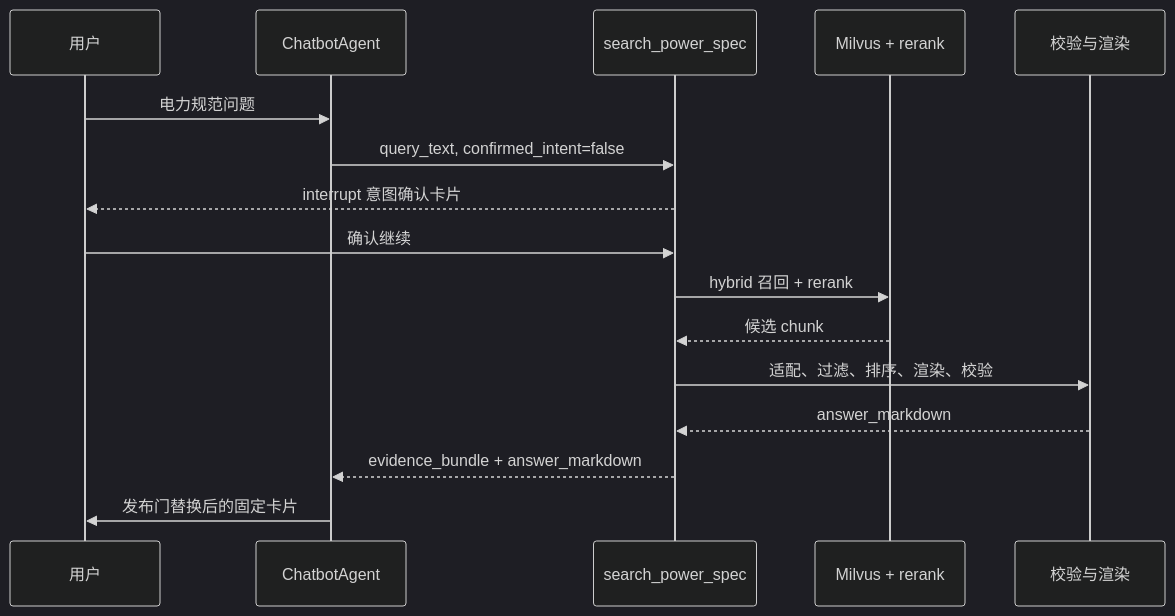
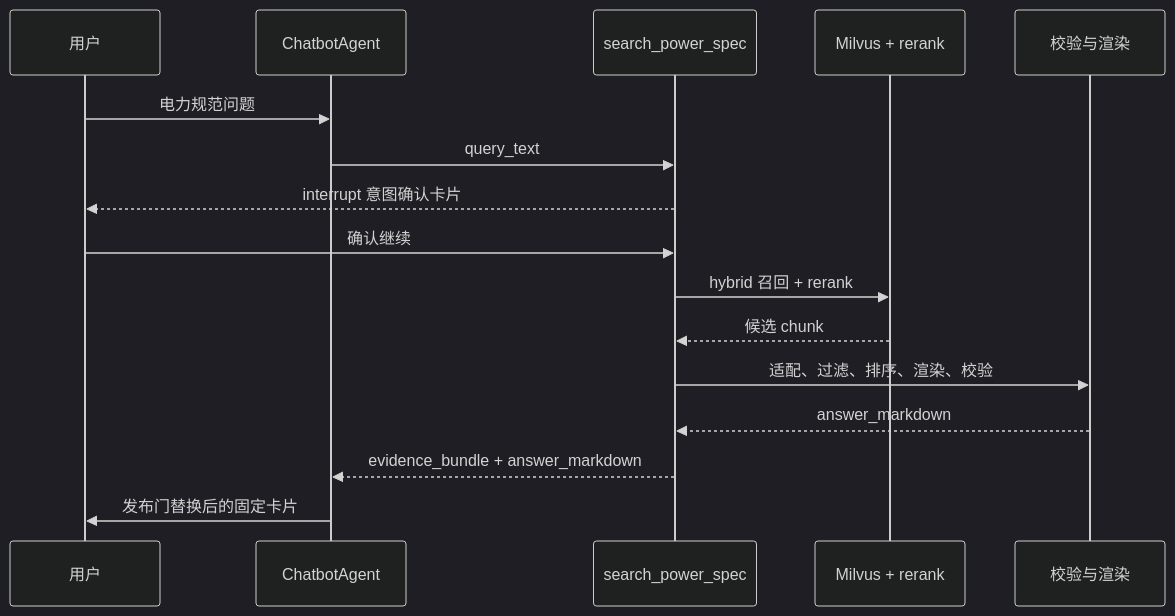
Before and after one commit to Seayar/Yuxi: the second of 2 diagrams in docs/mechanisms/power-spec-retrieval.md, drawn with Mermaid (dark theme). The commit also changed other lines of this file and 8 other files, not shown here.

````diff
--- a/docs/mechanisms/power-spec-retrieval.md
+++ b/docs/mechanisms/power-spec-retrieval.md
@@ -69,19 +69,19 @@
 ```mermaid
 sequenceDiagram
   participant U as 用户
   participant A as ChatbotAgent
   participant T as search_power_spec
   participant M as Milvus + rerank
   participant V as 校验与渲染
 
   U->>A: 电力规范问题
-  A->>T: query_text, confirmed_intent=false
+  A->>T: query_text
   T-->>U: interrupt 意图确认卡片
   U->>T: 确认继续
   T->>M: hybrid 召回 + rerank
   M-->>T: 候选 chunk
   T->>V: 适配、过滤、排序、渲染、校验
   V-->>T: answer_markdown
   T-->>A: evidence_bundle + answer_markdown
   A->>U: 发布门替换后的固定卡片
 ```
````
